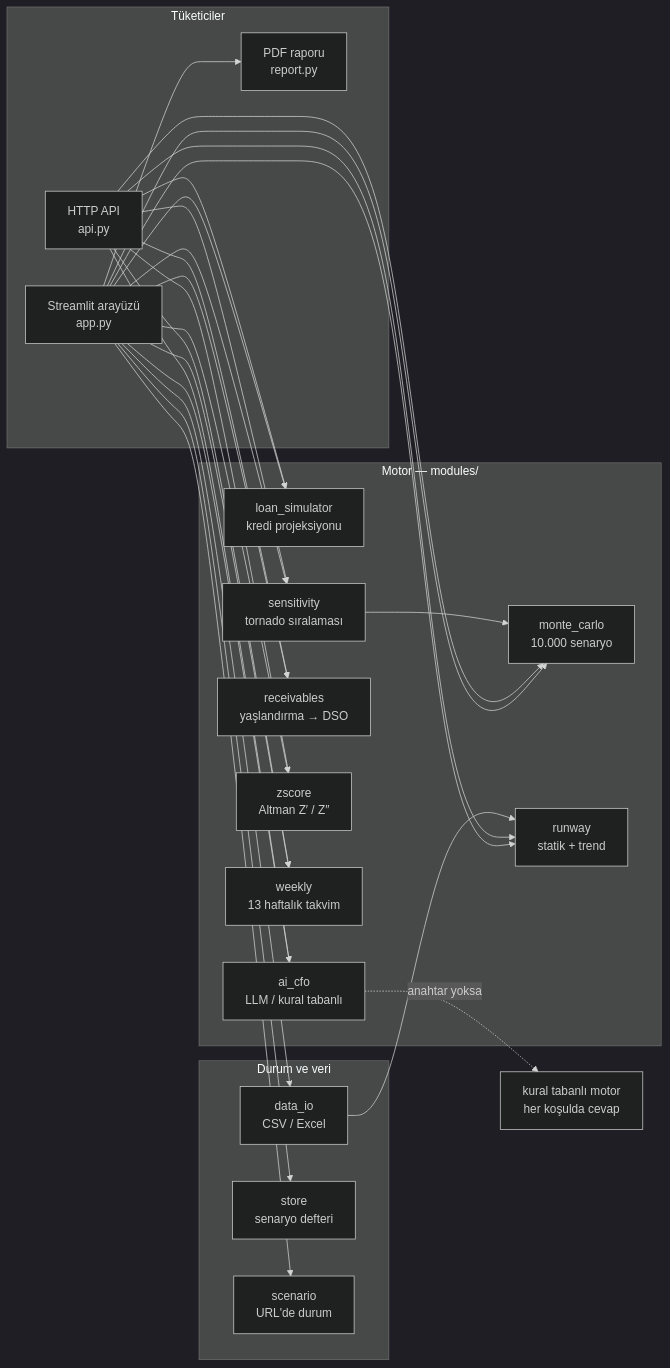
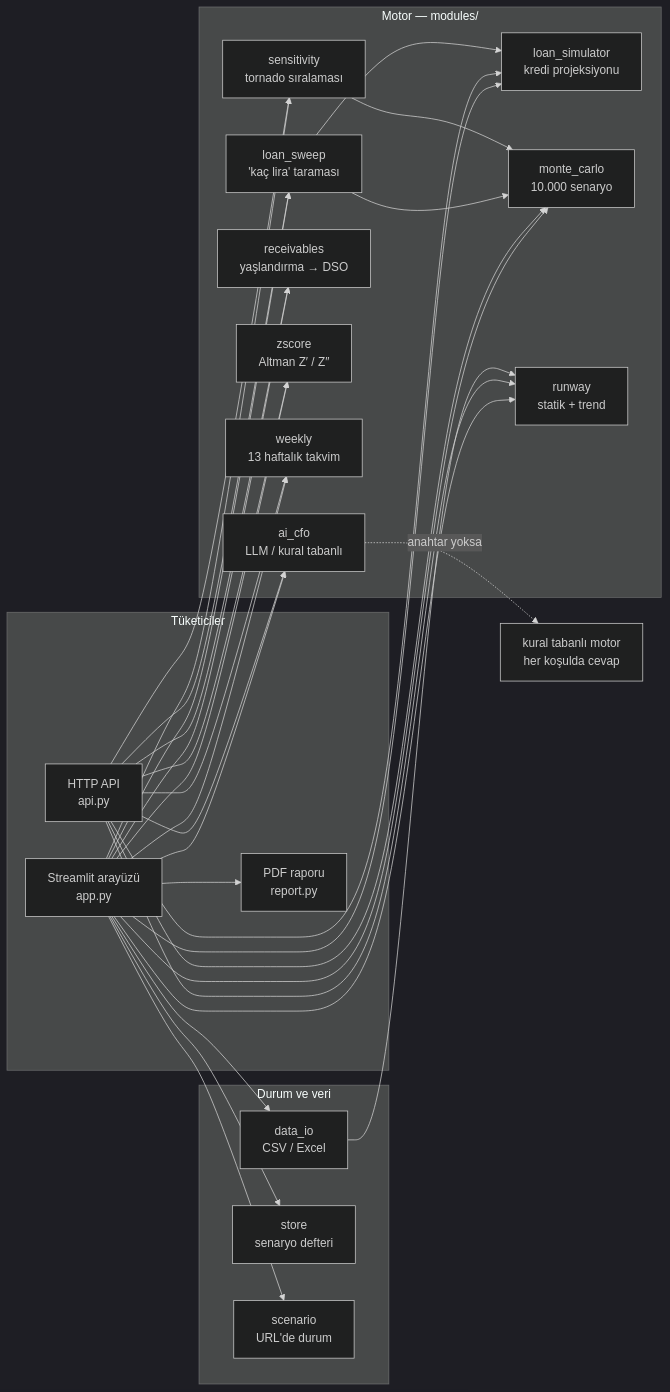
Before and after one commit to ealagoz233-cmd/cash-guard: the diagram in README.md, drawn with Mermaid (dark theme). The commit also changed other lines of this file and 5 other files, not shown here.

````diff
--- a/README.md
+++ b/README.md
@@ -360,34 +371,36 @@
 ```mermaid
 flowchart LR
     subgraph T["Tüketiciler"]
         UI["Streamlit arayüzü<br/>app.py"]
         API["HTTP API<br/>api.py"]
         PDF["PDF raporu<br/>report.py"]
     end
 
     subgraph M["Motor — modules/"]
         LOAN["loan_simulator<br/>kredi projeksiyonu"]
+        SWP["loan_sweep<br/>'kaç lira' taraması"]
         MC["monte_carlo<br/>10.000 senaryo"]
         SENS["sensitivity<br/>tornado sıralaması"]
         RECV["receivables<br/>yaşlandırma → DSO"]
         ZS["zscore<br/>Altman Z′ / Z″"]
         WK["weekly<br/>13 haftalık takvim"]
         RW["runway<br/>statik + trend"]
         CFO["ai_cfo<br/>LLM / kural tabanlı"]
     end
 
     subgraph D["Durum ve veri"]
         IO["data_io<br/>CSV / Excel"]
         STORE["store<br/>senaryo defteri"]
         SCN["scenario<br/>URL'de durum"]
     end
 
-    UI --> LOAN & MC & SENS & RECV & ZS & WK & RW & CFO
+    UI --> LOAN & SWP & MC & SENS & RECV & ZS & WK & RW & CFO
     UI --> IO & STORE & SCN
-    API --> LOAN & MC & SENS & RECV & ZS & WK & RW & CFO
+    API --> LOAN & SWP & MC & SENS & RECV & ZS & WK & RW & CFO
+    SWP --> LOAN & MC
     UI --> PDF
     IO --> RW
     SENS --> MC
 
     CFO -.->|anahtar yoksa| RULE["kural tabanlı motor<br/>her koşulda cevap"]
 ```
````
